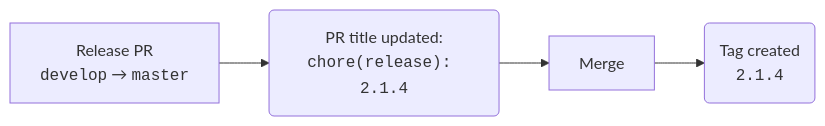
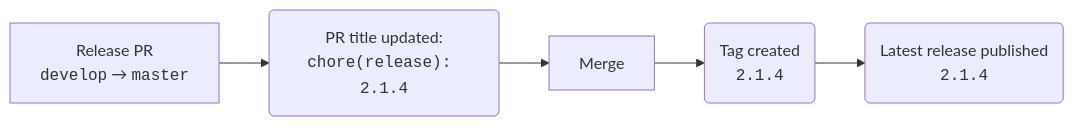
One commit to maarsson-io/release-workflow-template changed the second of 2 diagrams in templates/two-stage/README.md. Above: the diagram before and after it, drawn with Mermaid. The commit also changed other lines of this file and 2 other files, not shown here.

Commit message:
feat: add automatic release creation

````diff
--- a/templates/two-stage/README.md
+++ b/templates/two-stage/README.md
@@ -53,9 +54,11 @@
 ```mermaid
 flowchart LR
     A["`Release PR
     <code>develop</code> → <code>master</code>`"] --> B("`PR title updated:
     <code>chore(release): 2.1.4</code>`")
     B --> C["Merge"]
     C --> D("`Tag created
     <code>2.1.4</code>`")
+    D --> E("`Latest release published
+    <code>2.1.4</code>`")
 ```
````
